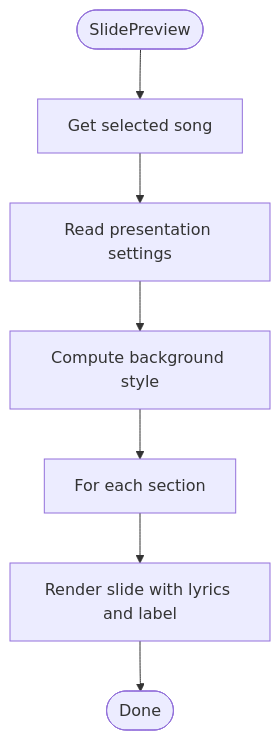
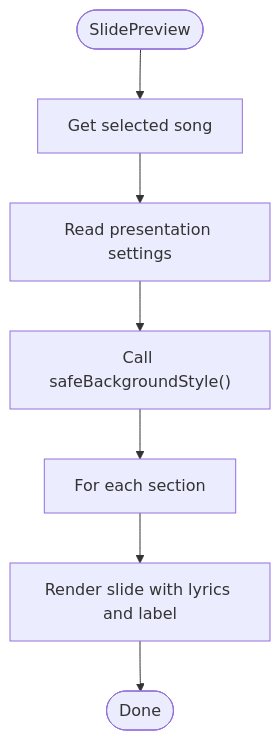
One commit to jimmywyk/lyricdeck changed the sixth of 10 diagrams in .qoder/repowiki/en/content/Architecture Overview/Component Architecture/Editor Panel.md. Above: the diagram before and after it, drawn with Mermaid. The commit also changed other lines of this file and 12 other files, not shown here.

````diff
--- a/.qoder/repowiki/en/content/Architecture Overview/Component Architecture/Editor Panel.md
+++ b/.qoder/repowiki/en/content/Architecture Overview/Component Architecture/Editor Panel.md
@@ -232,9 +253,9 @@
 ```mermaid
 flowchart TD
 Start(["SlidePreview"]) --> GetSong["Get selected song"]
 GetSong --> GetPres["Read presentation settings"]
-GetPres --> ComputeBG["Compute background style"]
-ComputeBG --> Loop["For each section"]
+GetPres --> SecureBG["Call safeBackgroundStyle()"]
+SecureBG --> Loop["For each section"]
 Loop --> Render["Render slide with lyrics and label"]
 Render --> End(["Done"])
 ```
````
